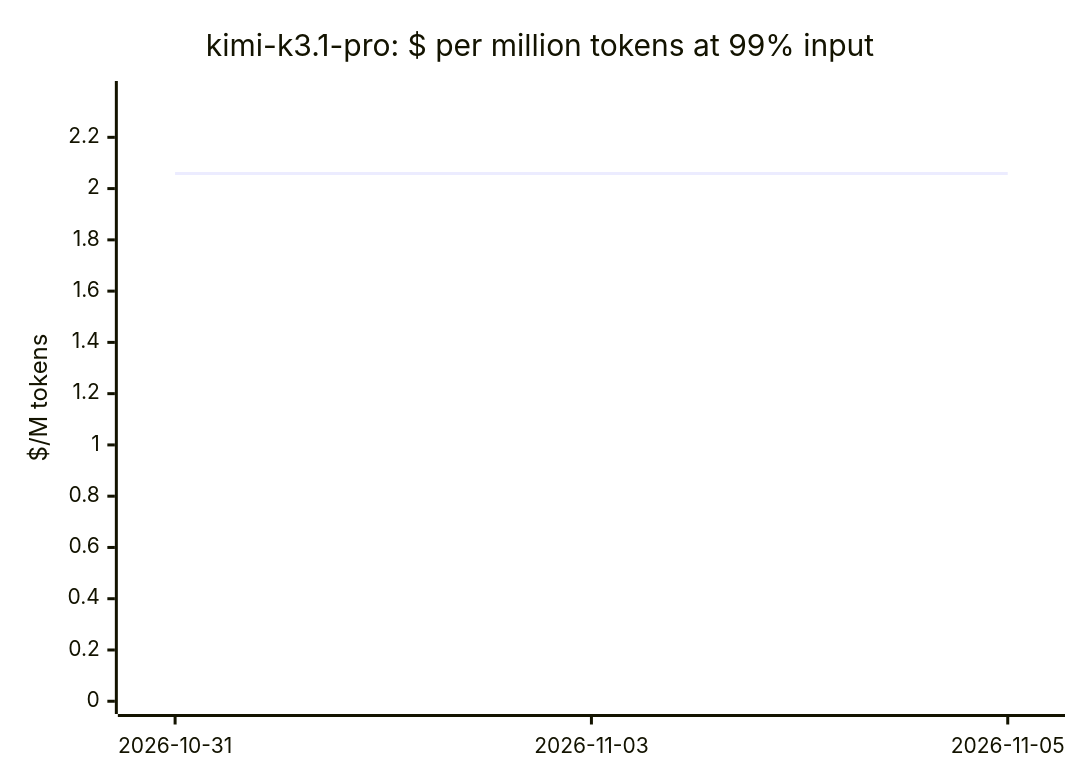
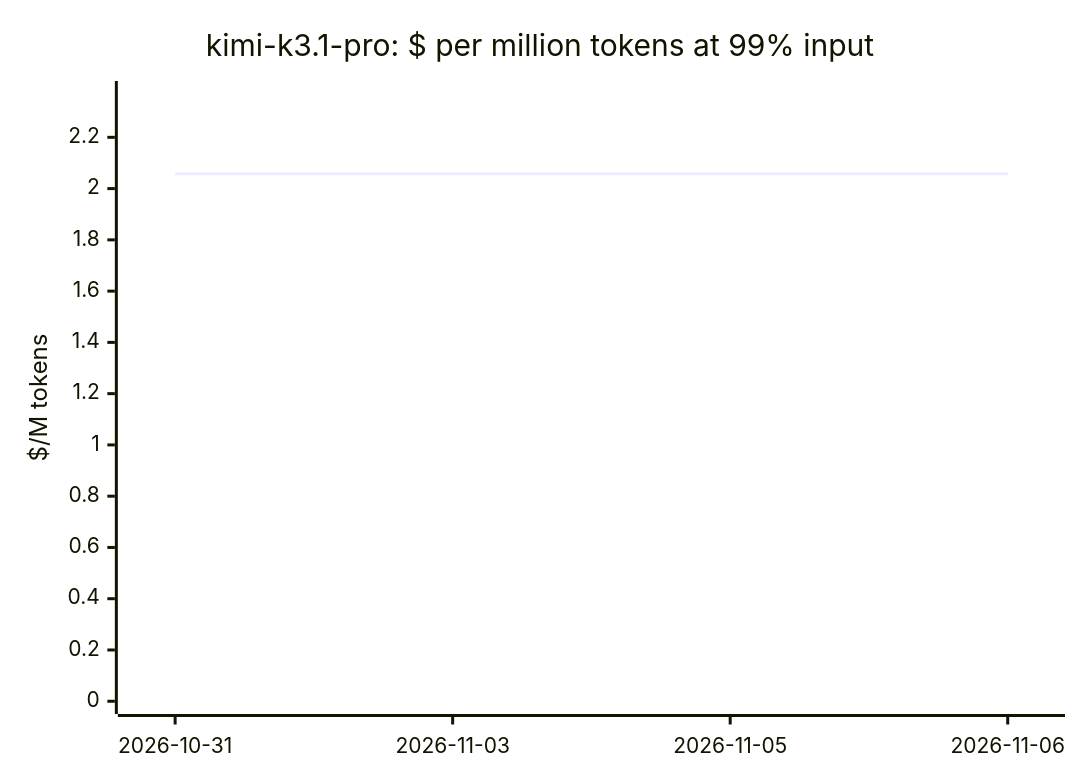
One commit to cklukas/OMEGA_TRANSFORM changed diagram 11 of 20 in docs/openrouter-models.md. Above: the diagram before and after it, drawn with Mermaid. The commit also changed other lines of this file and 103 other files, not shown here.

````diff
--- a/docs/openrouter-models.md
+++ b/docs/openrouter-models.md
@@ -233,7 +232,7 @@
 ```mermaid
 xychart-beta
     title "kimi-k3.1-pro: $ per million tokens at 99% input"
-    x-axis ["2026-10-31", "2026-11-03", "2026-11-05"]
+    x-axis ["2026-10-31", "2026-11-03", "2026-11-05", "2026-11-06"]
     y-axis "$/M tokens" 0 --> 2.37
-    line [2.059, 2.059, 2.059]
+    line [2.058, 2.058, 2.058, 2.058]
 ```
````
